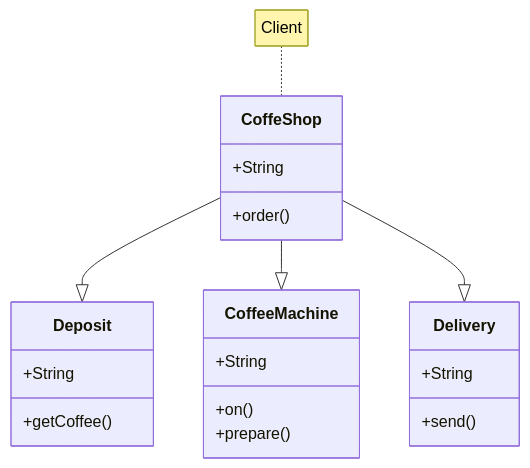
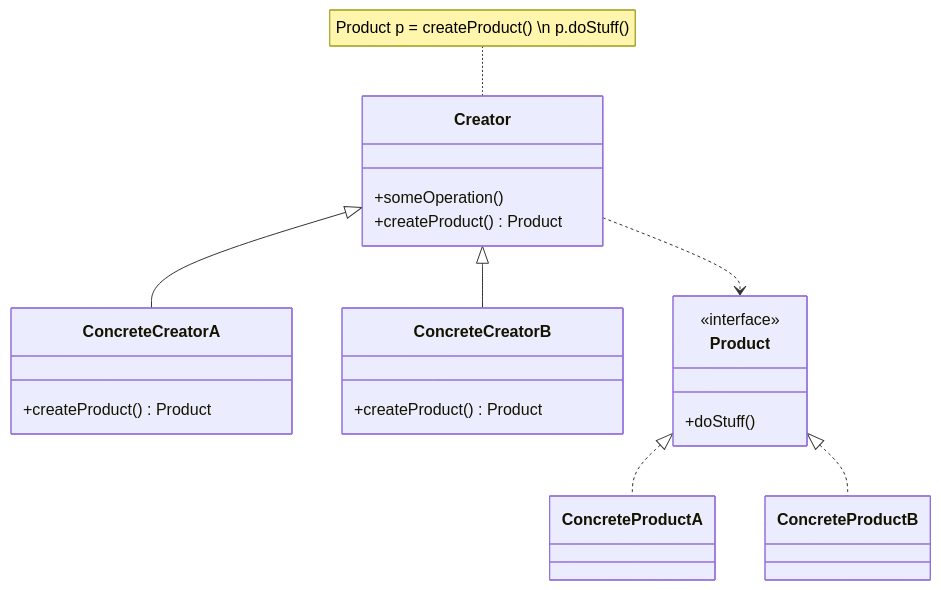
Before and after one commit to tiagornandrade/design-pattern: the diagram in creational/factory/FACTORY.md, drawn with Mermaid. The commit also changed 2 other files, not shown here.

Commit message:
include factory python

````diff
--- a/creational/factory/FACTORY.md
+++ b/creational/factory/FACTORY.md
@@ -21,27 +21,33 @@
 ```mermaid
 classDiagram
-    note for CoffeShop "Client"
-    CoffeShop --|> Deposit
-    CoffeShop --|> CoffeeMachine
-    CoffeShop --|> Delivery
-
-    class CoffeShop {
-        +String
-        +order()
-    }
-    class Deposit {
-        +String
-        +getCoffee()
+    note for Creator "Product p = createProduct() \n p.doStuff()"
+    Creator <|-- ConcreteCreatorA
+    Creator <|-- ConcreteCreatorB
+    Creator ..> Product
+    Product <|.. Concrete ProductA
+    Product <|.. Concrete ProductB
+    
+    class Creator {
+        +someOperation()
+        +createProduct() Product
     }
 
-    class CoffeeMachine {
-        +String
-        +on()
-        +prepare()
+    class ConcreteCreatorA {
+        +createProduct() Product
     }
 
-    class Delivery {
-        +String
-        +send()
+    class ConcreteCreatorB {
+        +createProduct() Product
+    }
+
+    class Product {
+        <<interface>>
+        +doStuff()
+    }
+
+    class Concrete ProductA {
+    }
+
+    class Concrete ProductB {
     }
 ```
````
